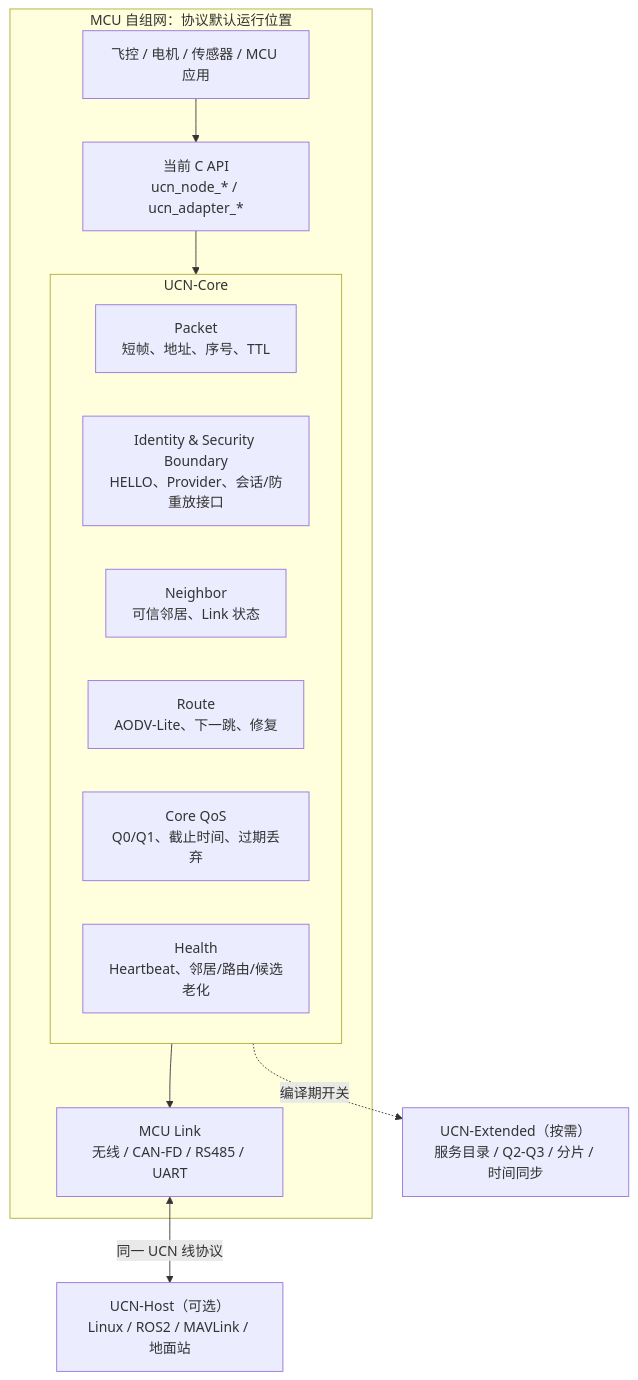
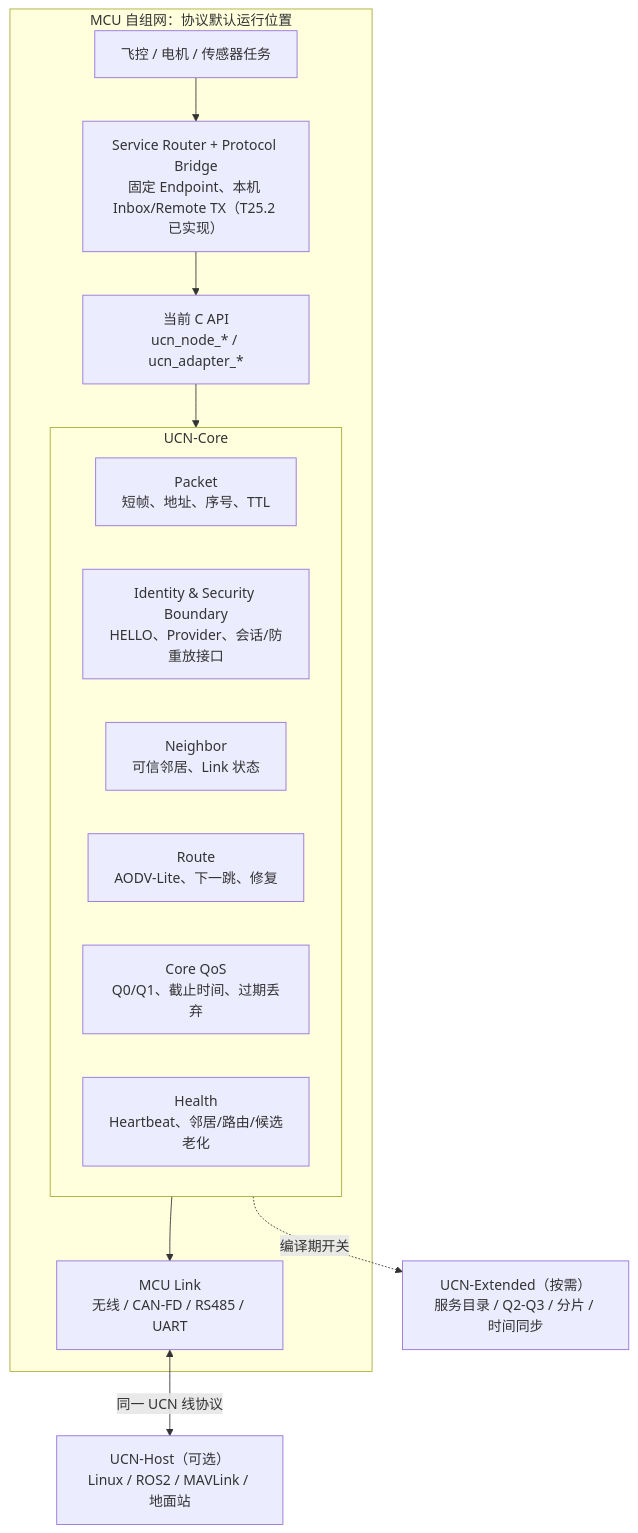
The diagram in docs/UCN_整体架构设计.md (ice-infinite/UCN), drawn with Mermaid before and after one commit. The commit also changed other lines of this file and 43 other files, not shown here.

````diff
--- a/docs/UCN_整体架构设计.md
+++ b/docs/UCN_整体架构设计.md
@@ -39,23 +39,24 @@
 ```mermaid
 flowchart TB
     subgraph MCU_NET["MCU 自组网：协议默认运行位置"]
-        APP["飞控 / 电机 / 传感器 / MCU 应用"]
+        APP["飞控 / 电机 / 传感器任务"]
+    SERVICE["Service Router + Protocol Bridge<br/>固定 Endpoint、本机 Inbox/Remote TX（T25.2 已实现）"]
         API["当前 C API<br/>ucn_node_* / ucn_adapter_*"]
         subgraph CORE["UCN-Core"]
             PKT["Packet<br/>短帧、地址、序号、TTL"]
             SEC["Identity & Security Boundary<br/>HELLO、Provider、会话/防重放接口"]
             NBR["Neighbor<br/>可信邻居、Link 状态"]
             ROUTE["Route<br/>AODV-Lite、下一跳、修复"]
             QOS["Core QoS<br/>Q0/Q1、截止时间、过期丢弃"]
             HEALTH["Health<br/>Heartbeat、邻居/路由/候选老化"]
         end
         LINK["MCU Link<br/>无线 / CAN-FD / RS485 / UART"]
-        APP --> API --> CORE --> LINK
+        APP --> SERVICE --> API --> CORE --> LINK
     end
 
     EXT["UCN-Extended（按需）<br/>服务目录 / Q2-Q3 / 分片 / 时间同步"]
     HOST["UCN-Host（可选）<br/>Linux / ROS2 / MAVLink / 地面站"]
 
     CORE -. "编译期开关" .-> EXT
     LINK <-- "同一 UCN 线协议" --> HOST
 ```
````
